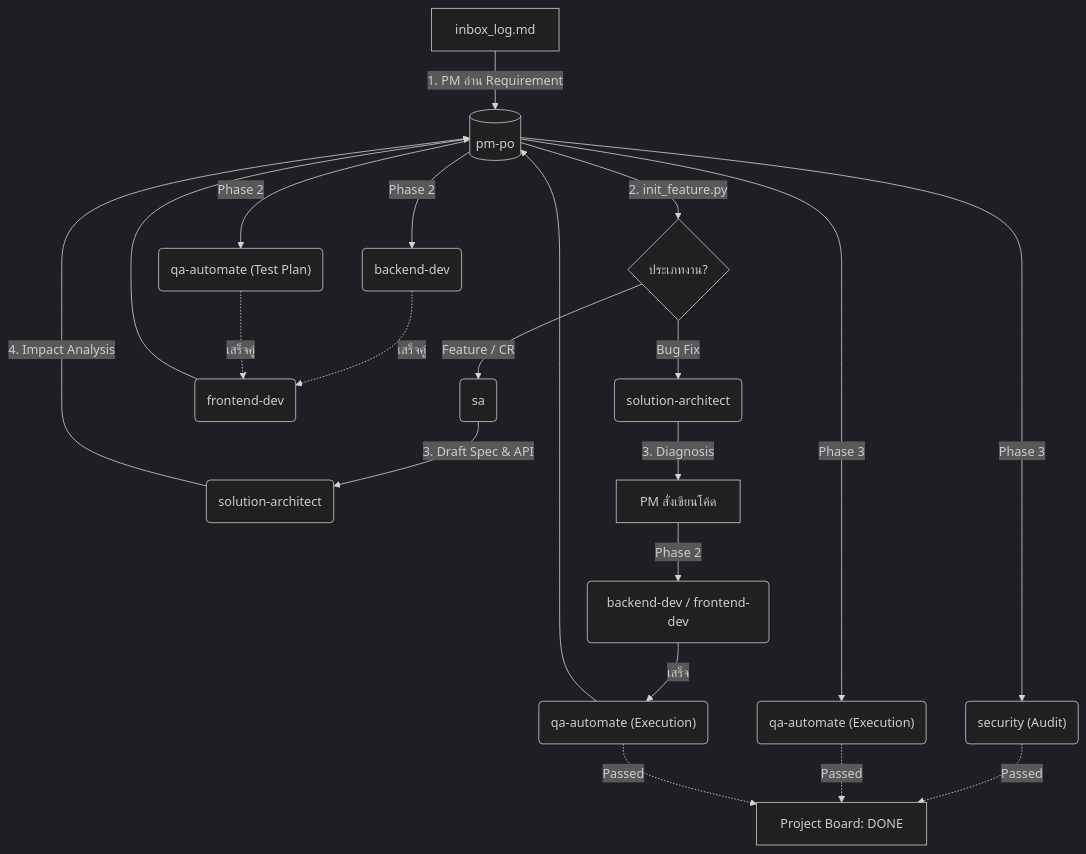
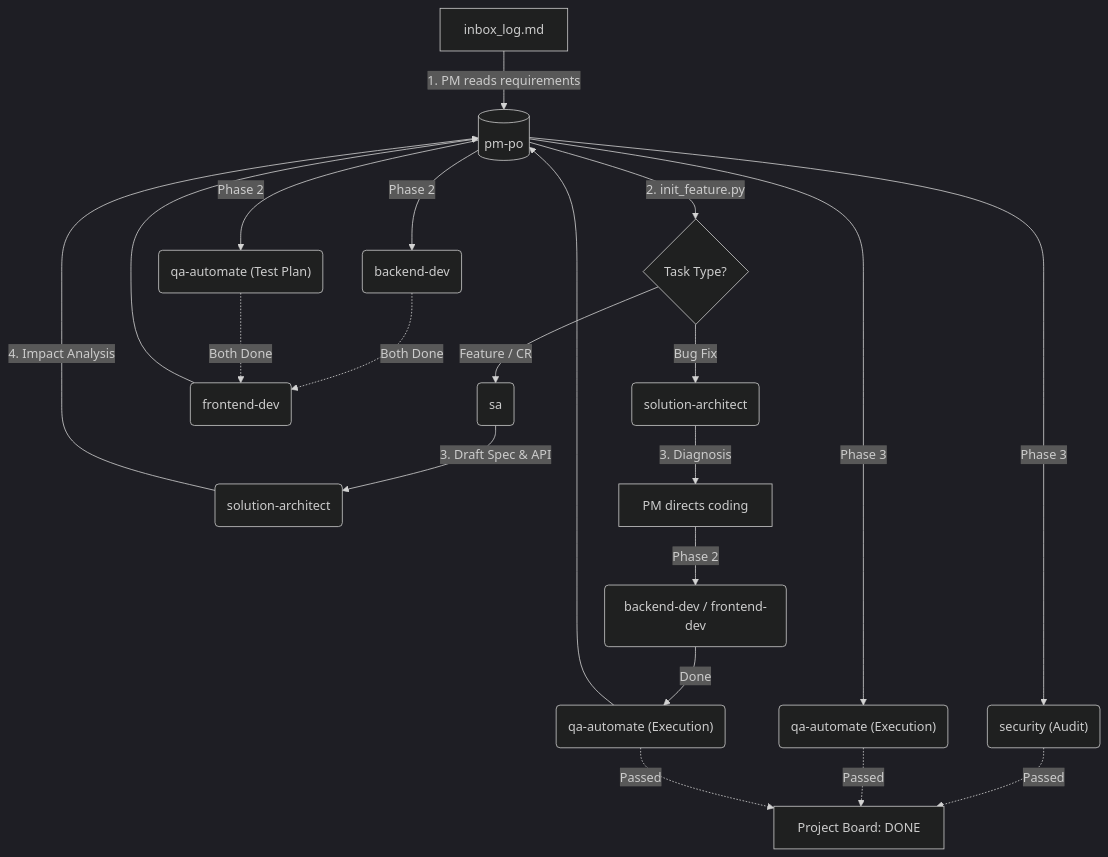
One commit to supat29182/gemini-agent-team-template changed the first of 2 diagrams in README.md. Above: the diagram before and after it, drawn with Mermaid (dark theme). The commit also changed other lines of this file and 14 other files, not shown here.

First line of the commit message:
docs(brain): integrate directory layout design to Solution Architect workflow and translate docs to English

````diff
--- a/README.md
+++ b/README.md
@@ -16,29 +16,29 @@
 ```mermaid
 graph TD
-    INBOX["inbox_log.md"] -->|"1. PM อ่าน Requirement"| PM[("pm-po")]
-    PM -->|"2. init_feature.py"| Init{ประเภทงาน?}
+    INBOX["inbox_log.md"] -->|"1. PM reads requirements"| PM[("pm-po")]
+    PM -->|"2. init_feature.py"| Init{Task Type?}
     
     %% Feature & CR Flow
     Init -->|"Feature / CR"| SA("sa")
     SA -->|"3. Draft Spec & API"| ARCH("solution-architect")
     ARCH -->|"4. Impact Analysis"| PM
     
     PM -->|"Phase 2"| BACK("backend-dev")
     PM -->|"Phase 2"| QA_P("qa-automate (Test Plan)")
-    BACK & QA_P -.->|"เสร็จคู่"| FRONT("frontend-dev")
+    BACK & QA_P -.->|"Both Done"| FRONT("frontend-dev")
     FRONT --> PM
     
     PM -->|"Phase 3"| SEC("security (Audit)")
     PM -->|"Phase 3"| QA_E("qa-automate (Execution)")
     
     %% Bug Flow
     Init -->|"Bug Fix"| ARCH_BUG("solution-architect")
-    ARCH_BUG -->|"3. Diagnosis"| PM_BUG[PM สั่งเขียนโค้ด]
+    ARCH_BUG -->|"3. Diagnosis"| PM_BUG[PM directs coding]
     PM_BUG -->|"Phase 2"| DEV_BUG("backend-dev / frontend-dev")
-    DEV_BUG -->|"เสร็จ"| QA_BUG("qa-automate (Execution)")
+    DEV_BUG -->|"Done"| QA_BUG("qa-automate (Execution)")
     QA_BUG --> PM
     
     %% Verification & DONE
     SEC & QA_E -.->|"Passed"| DONE["Project Board: DONE"]
     QA_BUG -.->|"Passed"| DONE
 ```
````
